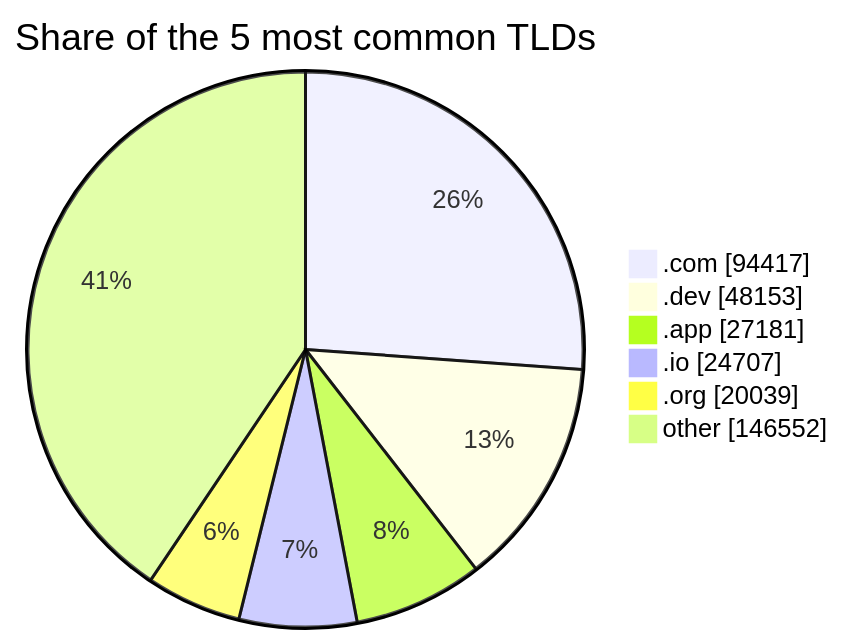
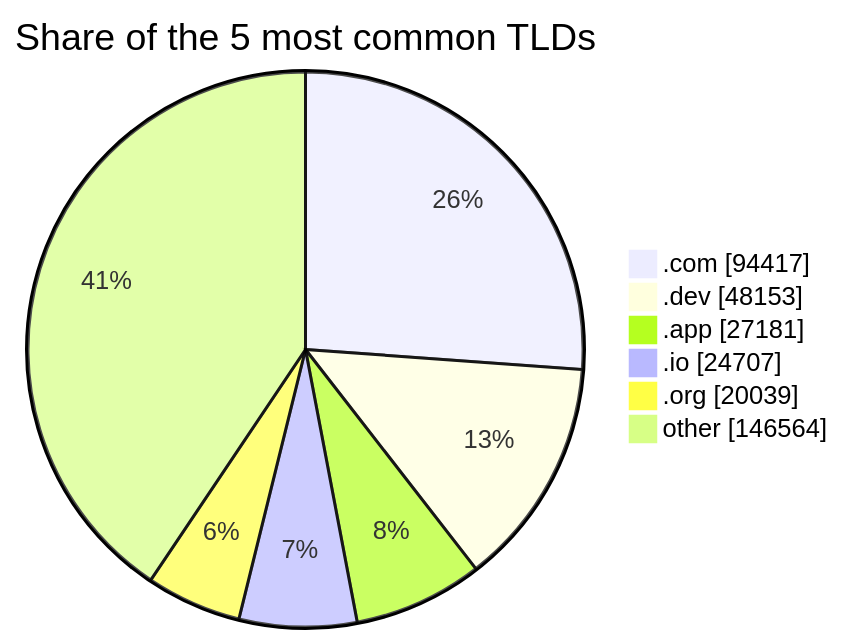
One commit to DNSBunker/CTI changed the third of 3 diagrams in README.md. Above: the diagram before and after it, drawn with Mermaid. The commit also changed other lines of this file and 3 other files, not shown here.

````diff
--- a/README.md
+++ b/README.md
@@ -81,9 +81,9 @@
 ```mermaid
 pie showData title Share of the 5 most common TLDs
     ".com" : 94417
     ".dev" : 48153
     ".app" : 27181
     ".io" : 24707
     ".org" : 20039
-    "other" : 146552
+    "other" : 146564
 ```
````
